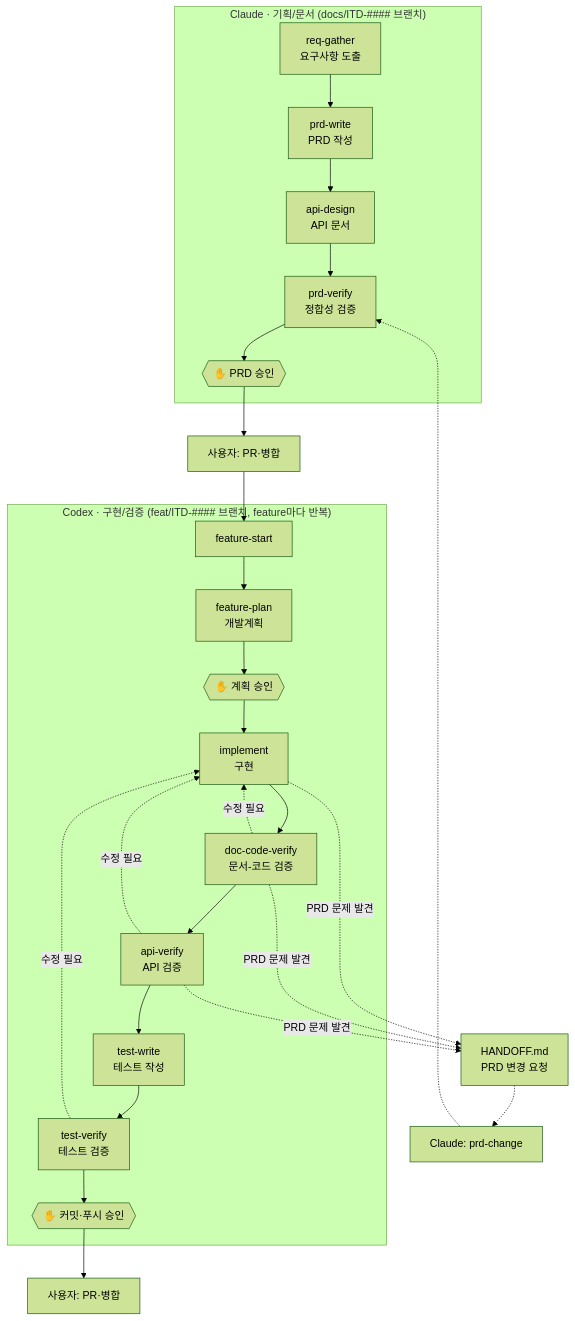
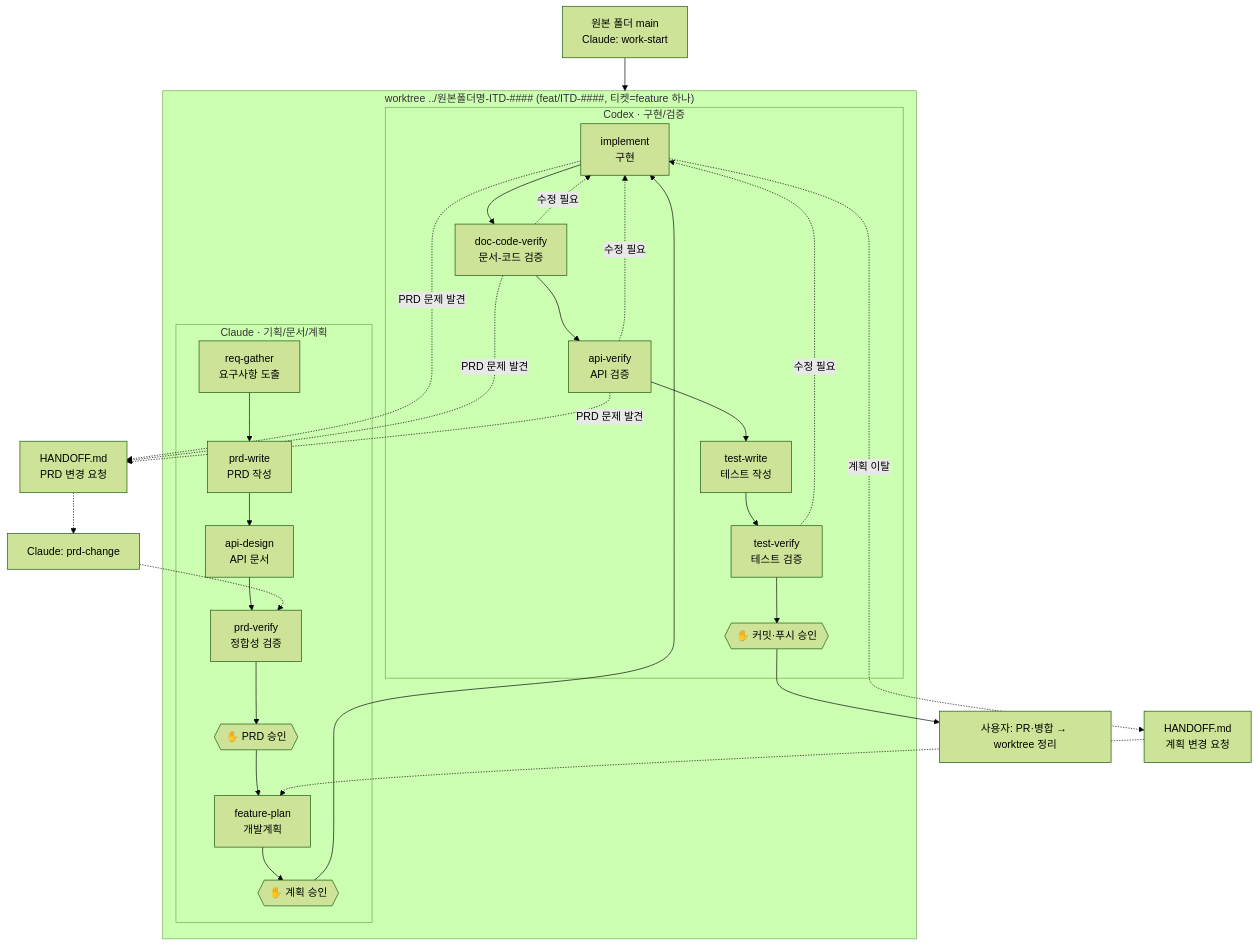
Before and after one commit to sju3358/init-harness: the diagram in README.md, drawn with Mermaid (forest theme). The commit also changed other lines of this file and 37 other files, not shown here.

````diff
--- a/README.md
+++ b/README.md
@@ -80,34 +83,37 @@
 ```mermaid
 flowchart TD
-    subgraph C["Claude · 기획/문서 (docs/ITD-#### 브랜치)"]
-        C1[req-gather<br/>요구사항 도출] --> C2[prd-write<br/>PRD 작성]
-        C2 --> C3[api-design<br/>API 문서]
-        C3 --> C4[prd-verify<br/>정합성 검증]
-        C4 --> G1{{"✋ PRD 승인"}}
+    W[원본 폴더 main<br/>Claude: work-start] --> WT
+
+    subgraph WT["worktree ../원본폴더명-ITD-#### (feat/ITD-####, 티켓=feature 하나)"]
+        subgraph C["Claude · 기획/문서/계획"]
+            C1[req-gather<br/>요구사항 도출] --> C2[prd-write<br/>PRD 작성]
+            C2 --> C3[api-design<br/>API 문서]
+            C3 --> C4[prd-verify<br/>정합성 검증]
+            C4 --> G1{{"✋ PRD 승인"}}
+            G1 --> C5[feature-plan<br/>개발계획]
+            C5 --> G2{{"✋ 계획 승인"}}
+        end
+
+        subgraph X["Codex · 구현/검증"]
+            X1[implement<br/>구현] --> X2[doc-code-verify<br/>문서-코드 검증]
+            X2 --> X3[api-verify<br/>API 검증]
+            X3 --> X4[test-write<br/>테스트 작성]
+            X4 --> X5[test-verify<br/>테스트 검증]
+            X5 --> G3{{"✋ 커밋·푸시 승인"}}
+        end
+
+        G2 --> X1
     end
 
-    G1 --> M1[사용자: PR·병합]
-    M1 --> X1
+    G3 --> M[사용자: PR·병합 → worktree 정리]
 
-    subgraph X["Codex · 구현/검증 (feat/ITD-#### 브랜치, feature마다 반복)"]
-        X1[feature-start] --> X2[feature-plan<br/>개발계획]
-        X2 --> G2{{"✋ 계획 승인"}}
-        G2 --> X3[implement<br/>구현]
-        X3 --> X4[doc-code-verify<br/>문서-코드 검증]
-        X4 --> X5[api-verify<br/>API 검증]
-        X5 --> X6[test-write<br/>테스트 작성]
-        X6 --> X7[test-verify<br/>테스트 검증]
-        X7 --> G3{{"✋ 커밋·푸시 승인"}}
-    end
-
-    G3 --> M2[사용자: PR·병합]
-
-    X3 -. PRD 문제 발견 .-> R[HANDOFF.md<br/>PRD 변경 요청]
-    X4 -. PRD 문제 발견 .-> R
-    X5 -. PRD 문제 발견 .-> R
+    X1 -. 계획 이탈 .-> P[HANDOFF.md<br/>계획 변경 요청] -.-> C5
+    X1 -. PRD 문제 발견 .-> R[HANDOFF.md<br/>PRD 변경 요청]
+    X2 -. PRD 문제 발견 .-> R
+    X3 -. PRD 문제 발견 .-> R
     R -.-> CH[Claude: prd-change] -.-> C4
 
-    X4 -. 수정 필요 .-> X3
-    X5 -. 수정 필요 .-> X3
-    X7 -. 수정 필요 .-> X3
+    X2 -. 수정 필요 .-> X1
+    X3 -. 수정 필요 .-> X1
+    X5 -. 수정 필요 .-> X1
 ```
````
